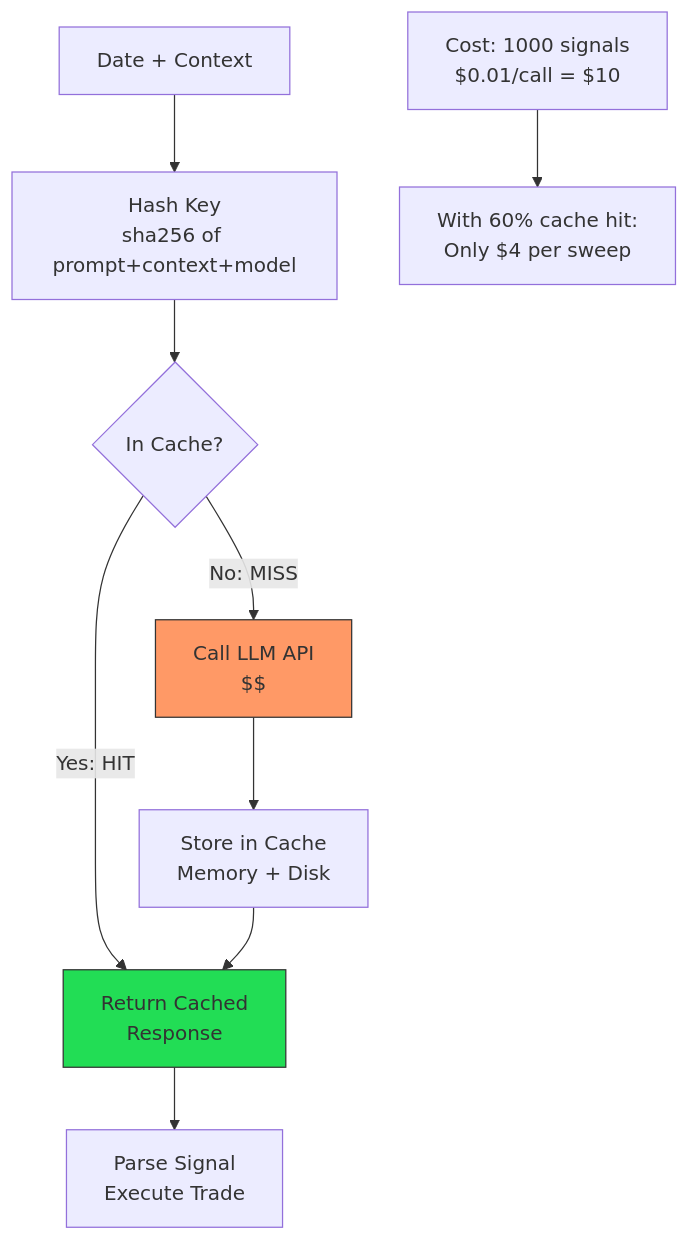
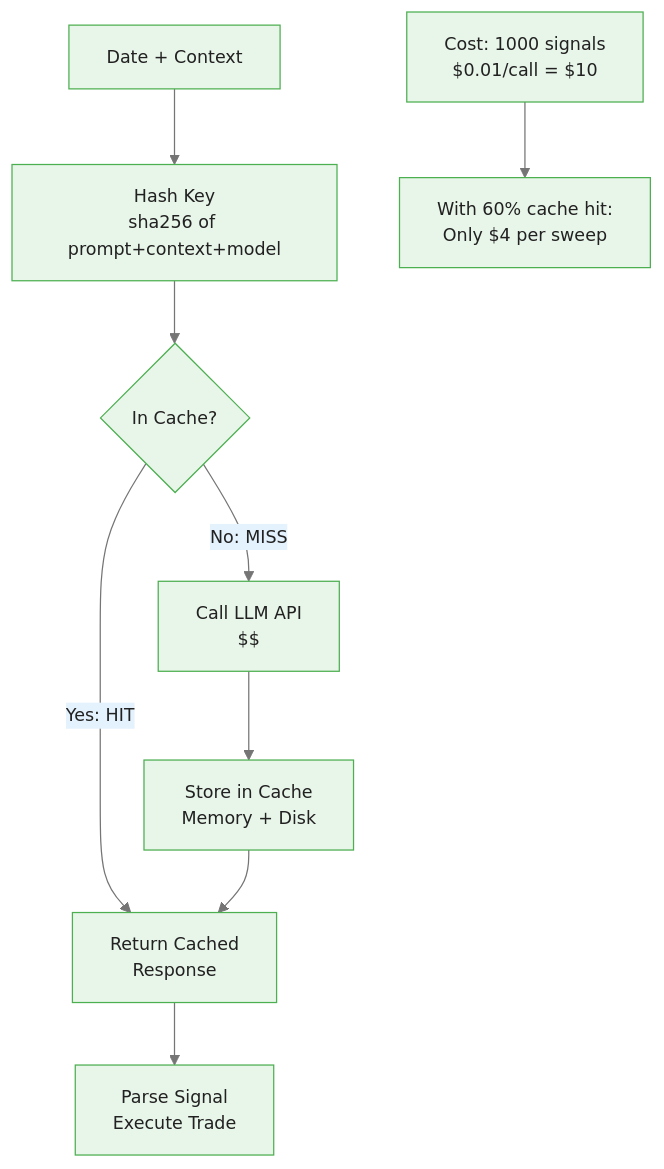
Before and after one commit to m-deane/course-creator: the first of 4 diagrams in courses/genai-commodities/modules/module_05_signals/guides/03_backtesting_slides.md, drawn with Mermaid. The commit also changed other lines of this file and 84 other files, not shown here.

````diff
--- a/courses/genai-commodities/modules/module_05_signals/guides/03_backtesting_slides.md
+++ b/courses/genai-commodities/modules/module_05_signals/guides/03_backtesting_slides.md
@@ -95,18 +101,16 @@
 ```mermaid
+%%{init: {"theme": "base", "themeVariables": {"primaryColor": "#e8f5e9", "primaryBorderColor": "#4caf50", "primaryTextColor": "#212121", "secondaryColor": "#e3f2fd", "tertiaryColor": "#fff8e1", "lineColor": "#757575", "fontFamily": "Inter, sans-serif", "fontSize": "14px"}}}%%
 flowchart TD
     A[Date + Context] --> B[Hash Key<br/>sha256 of prompt+context+model]
     B --> C{In Cache?}
 
     C -->|Yes: HIT| D[Return Cached<br/>Response]
     C -->|No: MISS| E[Call LLM API<br/>$$]
 
     E --> F[Store in Cache<br/>Memory + Disk]
     F --> D
 
     D --> G[Parse Signal<br/>Execute Trade]
 
     H[Cost: 1000 signals<br/>$0.01/call = $10] --> I[With 60% cache hit:<br/>Only $4 per sweep]
-
-    style D fill:#2d5,stroke:#333
-    style E fill:#f96,stroke:#333
 ```
````
